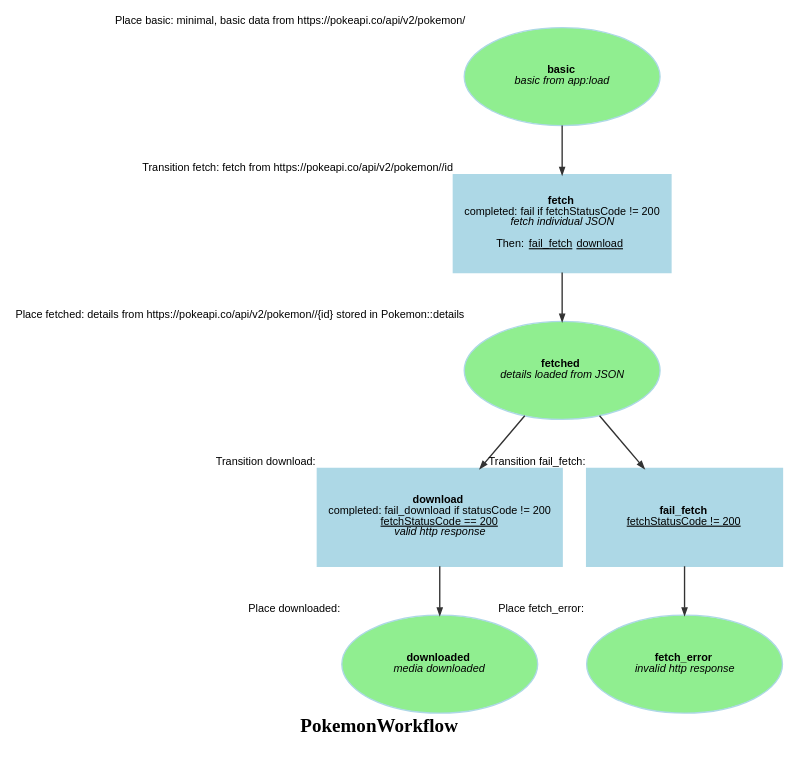
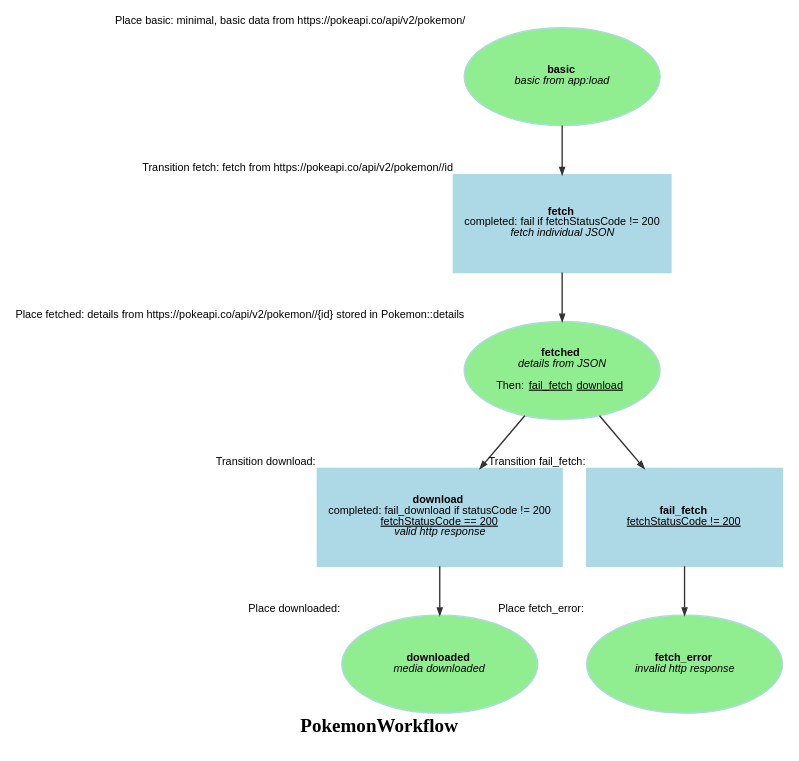
One commit to survos-sites/pokemon changed the diagram in doc/assets/PokemonWorkflow.dot. Above: the diagram before and after it, drawn with Graphviz. The commit also changed 2 other files, not shown here.

Commit message:
move next: to place

```diff
--- a/doc/assets/PokemonWorkflow.dot
+++ b/doc/assets/PokemonWorkflow.dot
@@ -1,19 +1,19 @@
 digraph workflow {
   ratio="compress" rankdir="TB" label=<<B>PokemonWorkflow</B>>
   node [fontsize="8" fontname="Arial" color="lightBlue" style="filled" fixedsize="false" width="2" height="1"];
   edge [fontsize="7" fontname="Arial" color="#333333" arrowhead="normal" arrowsize="0.5"];
 
   place_basic [label=<<B>basic</B><BR/><I>basic from app:load</I>>, shape=oval fillcolor="lightgreen" style="filled" xlabel="Place basic: minimal, basic data from https://pokeapi.co/api/v2/pokemon/"];
-  place_fetched [label=<<B>fetched</B><BR/><I>details loaded from JSON</I>>, shape=oval fillcolor="lightgreen" style="filled" xlabel="Place fetched: details from https://pokeapi.co/api/v2/pokemon//{id} stored in Pokemon::details"];
+  place_fetched [label=<<B>fetched</B><BR/><I>details from JSON</I><BR/><BR/>Then: <U>fail_fetch</U> <U>download</U> >, shape=oval fillcolor="lightgreen" style="filled" xlabel="Place fetched: details from https://pokeapi.co/api/v2/pokemon//{id} stored in Pokemon::details"];
   place_downloaded [label=<<B>downloaded</B><BR/><I>media downloaded</I>>, shape=oval fillcolor="lightgreen" style="filled" xlabel="Place downloaded: "];
   place_fetch_error [label=<<B>fetch_error</B><BR/><I>invalid http response</I>>, shape=oval fillcolor="lightgreen" style="filled" xlabel="Place fetch_error: "];
-  transition_fetch [label=<<B>fetch</B><BR/>completed: fail if fetchStatusCode != 200<BR/><I>fetch individual JSON</I><BR/><BR/>Then: <U>fail_fetch</U> <U>download</U> >, shape="box" regular="" xlabel="Transition fetch: fetch from https://pokeapi.co/api/v2/pokemon//id"];
+  transition_fetch [label=<<B>fetch</B><BR/>completed: fail if fetchStatusCode != 200<BR/><I>fetch individual JSON</I>>, shape="box" regular="" xlabel="Transition fetch: fetch from https://pokeapi.co/api/v2/pokemon//id"];
   transition_download [label=<<B>download</B><BR/>completed: fail_download if statusCode != 200<BR/><U>fetchStatusCode == 200</U><BR/><I>valid http response</I>>, shape="box" regular="" xlabel="Transition download: "];
   transition_fail_fetch [label=<<B>fail_fetch</B><BR/><U>fetchStatusCode != 200</U>>, shape="box" regular="" xlabel="Transition fail_fetch: "];
   place_basic -> transition_fetch [style="solid", comment="basic"];
   transition_fetch -> place_fetched [style="solid"];
   place_fetched -> transition_download [style="solid", comment="fetched"];
   transition_download -> place_downloaded [style="solid"];
   place_fetched -> transition_fail_fetch [style="solid", comment="fetched"];
   transition_fail_fetch -> place_fetch_error [style="solid"];
 }
```
